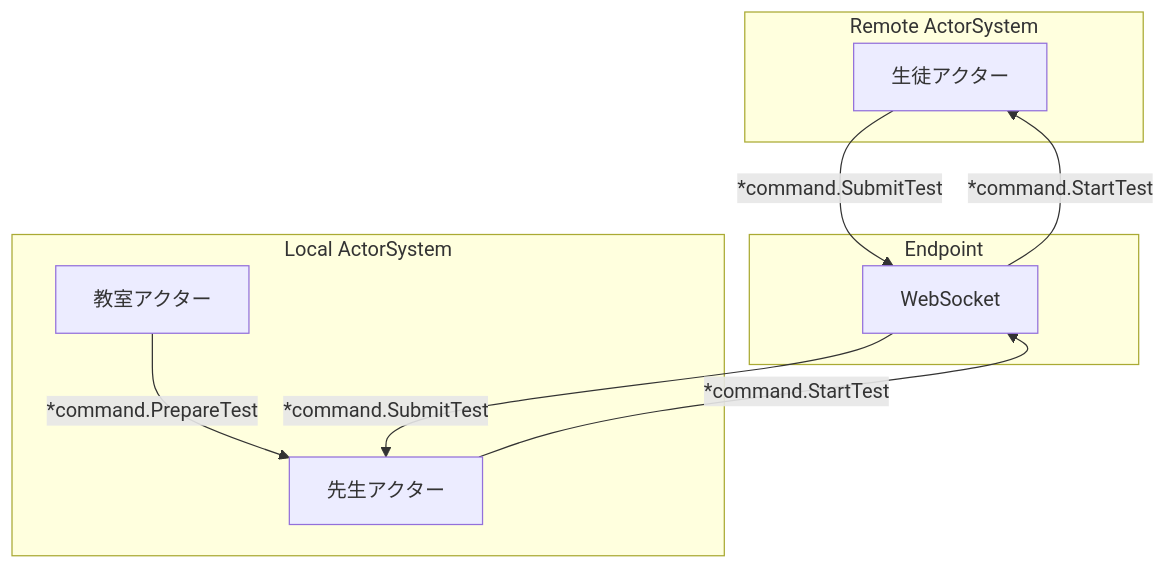
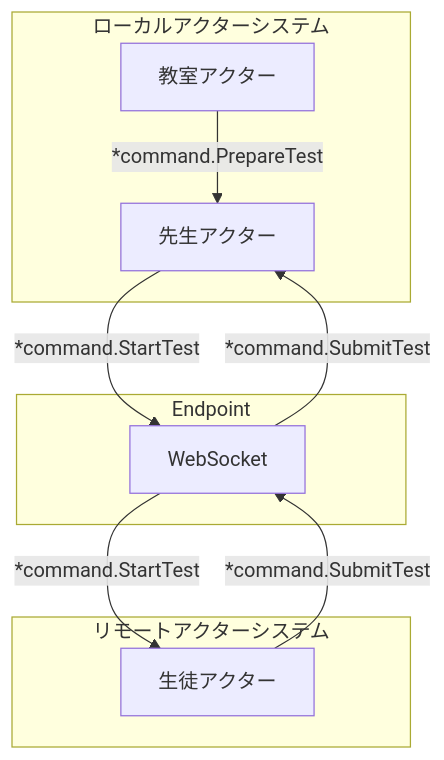
Before and after one commit to ytake/phluxor-remote-example: the diagram in remote-kinds/readme.md, drawn with Mermaid.

````diff
--- a/remote-kinds/readme.md
+++ b/remote-kinds/readme.md
@@ -7,19 +7,19 @@
 ```mermaid
 flowchart TD
- subgraph RemoteActorSystem["Remote ActorSystem"]
+ subgraph LocalActorSystem["ローカルアクターシステム"]
+        先生アクター["先生アクター"]
+        教室アクター["教室アクター"]
+      end
+ subgraph RemoteActorSystem["リモートアクターシステム"]
         生徒アクター["生徒アクター"]
   end
  subgraph s1[Endpoint]
         WebSocket["WebSocket"]
   end
- subgraph LocalActorSystem["Local ActorSystem"]
-        先生アクター["先生アクター"]
-        教室アクター["教室アクター"]
-      end
+    教室アクター -- *command.PrepareTest --> 先生アクター
+    先生アクター -- *command.StartTest --> WebSocket
+    WebSocket -- *command.StartTest --> 生徒アクター
+    生徒アクター -- *command.SubmitTest --> WebSocket
+    WebSocket -- *command.SubmitTest --> 先生アクター
 
-教室アクター -- *command.PrepareTest --> 先生アクター
-先生アクター -- *command.StartTest --> WebSocket
-WebSocket -- *command.StartTest --> 生徒アクター
-生徒アクター -- *command.SubmitTest --> WebSocket
-WebSocket -- *command.SubmitTest --> 先生アクター
 ```
````
